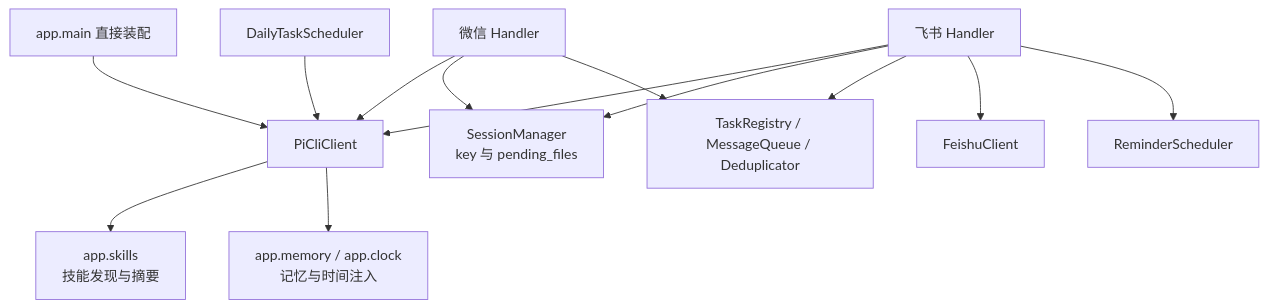
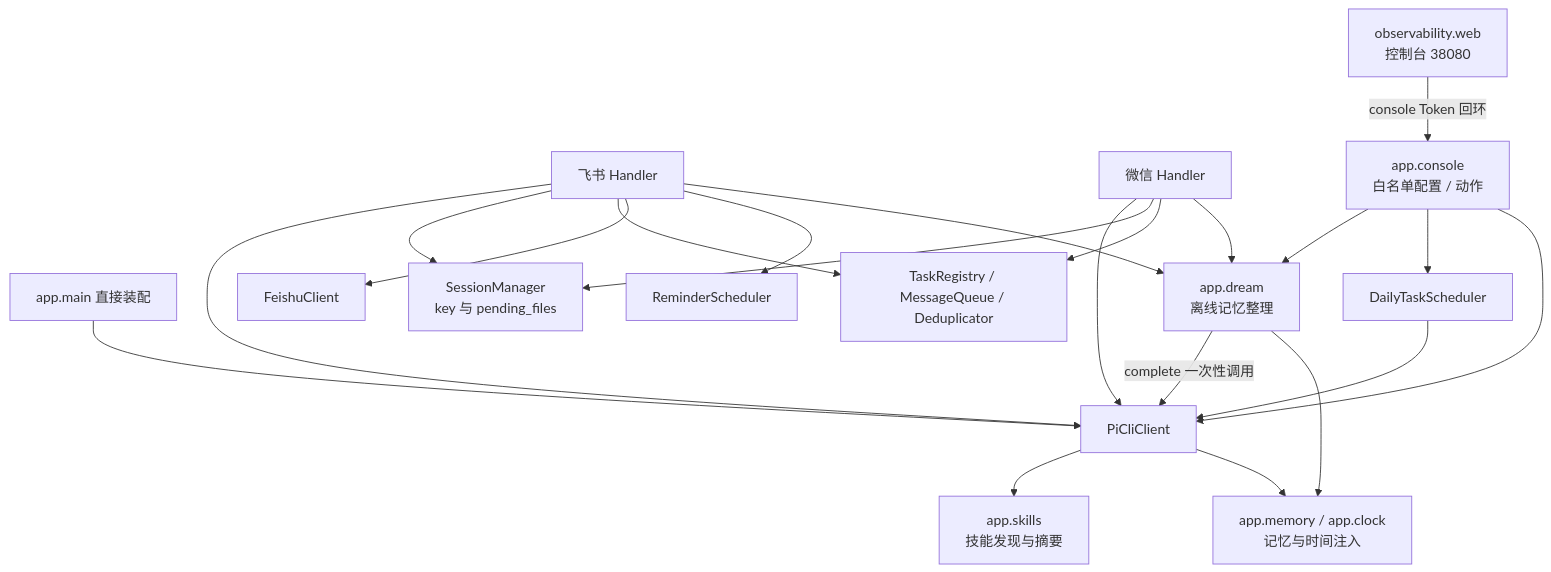
The second of 2 diagrams in docs/architecture.md (felixzhang-glitch/Ferry), drawn with Mermaid before and after one commit. The commit also changed other lines of this file and 73 other files, not shown here.

````diff
--- a/docs/architecture.md
+++ b/docs/architecture.md
@@ -37,15 +37,23 @@
 ```mermaid
 graph TB
     M[app.main 直接装配] --> PI[PiCliClient]
     H1[飞书 Handler] --> PI
     H2[微信 Handler] --> PI
     DS[DailyTaskScheduler] --> PI
     H1 --> SM[SessionManager<br/>key 与 pending_files]
     H2 --> SM
     H1 --> TR[TaskRegistry / MessageQueue / Deduplicator]
     H2 --> TR
     H1 --> FC[FeishuClient]
     H1 --> RS[ReminderScheduler]
     PI --> SK[app.skills<br/>技能发现与摘要]
     PI --> MC[app.memory / app.clock<br/>记忆与时间注入]
+    DR[app.dream<br/>离线记忆整理] -->|complete 一次性调用| PI
+    OBS[observability.web<br/>控制台 38080] -->|console Token 回环| CON[app.console<br/>白名单配置 / 动作]
+    CON --> DR
+    CON --> DS
+    CON --> PI
+    DR --> MC
+    H1 --> DR
+    H2 --> DR
 ```
````
